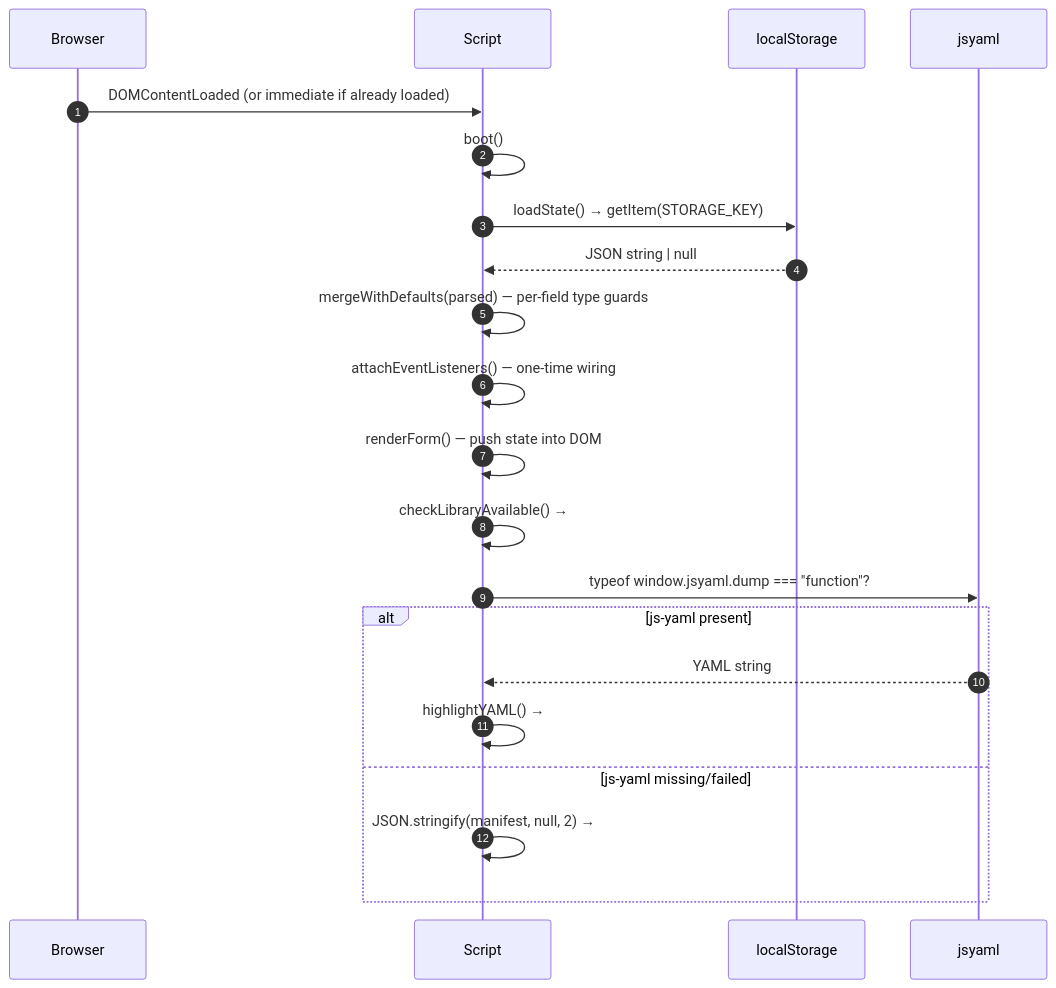
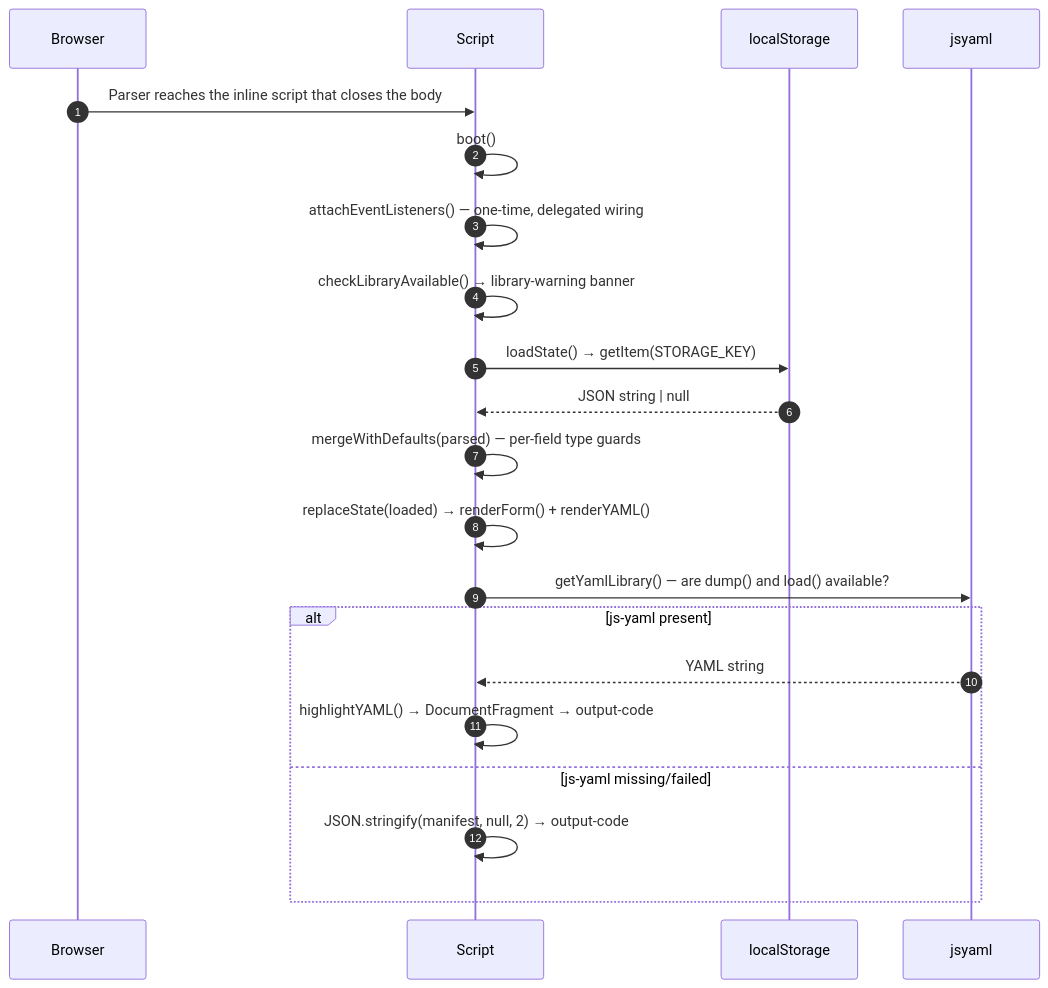
The second of 3 diagrams in README.md (OstinUA/slack-app-manifest-generator), drawn with Mermaid before and after one commit. The commit also changed other lines of this file and 1 other file, not shown here.

First line of the commit message:
Restore YAML output, drop the Tailwind runtime, restructure the script

````diff
--- a/README.md
+++ b/README.md
@@ -272,24 +261,24 @@
 ```mermaid
 sequenceDiagram
     autonumber
     participant U as Browser
     participant S as Script
     participant LS as localStorage
     participant Y as jsyaml
 
-    U->>S: DOMContentLoaded (or immediate if already loaded)
+    U->>S: Parser reaches the inline script that closes the body
     S->>S: boot()
+    S->>S: attachEventListeners() — one-time, delegated wiring
+    S->>S: checkLibraryAvailable() → library-warning banner
     S->>LS: loadState() → getItem(STORAGE_KEY)
     LS-->>S: JSON string | null
     S->>S: mergeWithDefaults(parsed) — per-field type guards
-    S->>S: attachEventListeners() — one-time wiring
-    S->>S: renderForm() — push state into DOM
-    S->>S: checkLibraryAvailable() → #library-warning banner
-    S->>Y: typeof window.jsyaml.dump === "function"?
+    S->>S: replaceState(loaded) → renderForm() + renderYAML()
+    S->>Y: getYamlLibrary() — are dump() and load() available?
     alt js-yaml present
         Y-->>S: YAML string
-        S->>S: highlightYAML() → #output-code innerHTML
+        S->>S: highlightYAML() → DocumentFragment → output-code
     else js-yaml missing/failed
-        S->>S: JSON.stringify(manifest, null, 2) → #output-code
+        S->>S: JSON.stringify(manifest, null, 2) → output-code
     end
 ```
````
